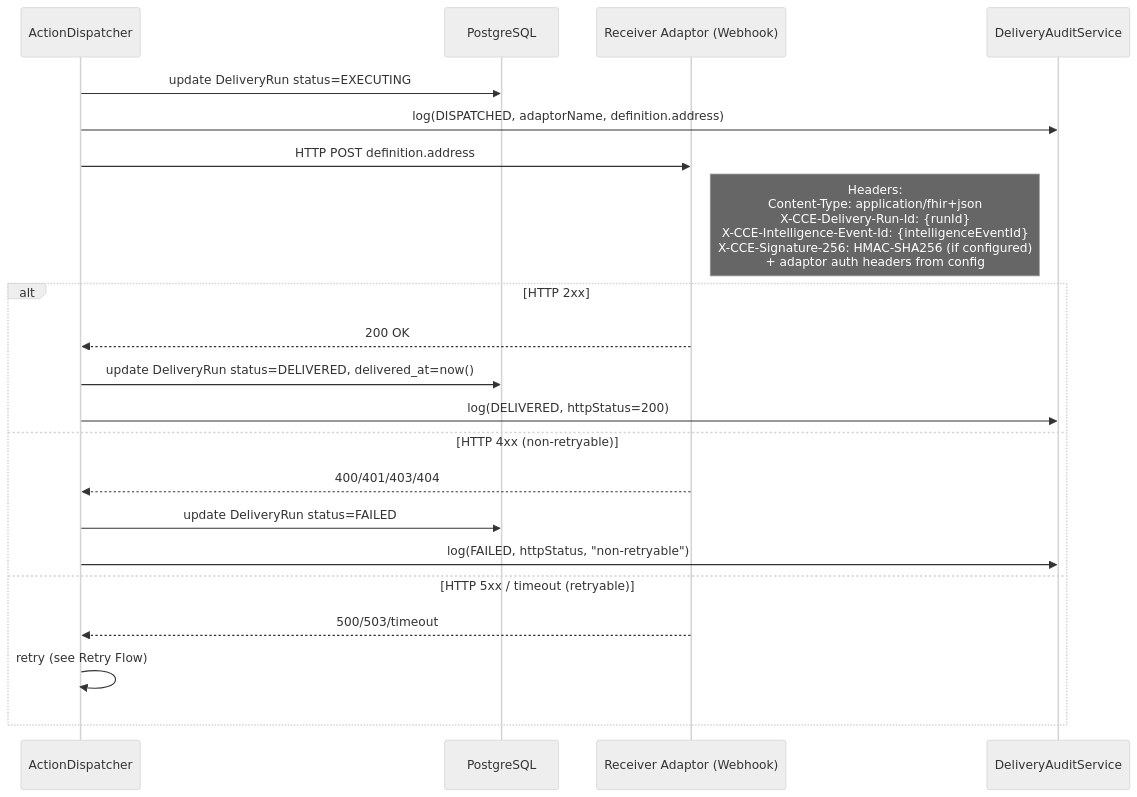
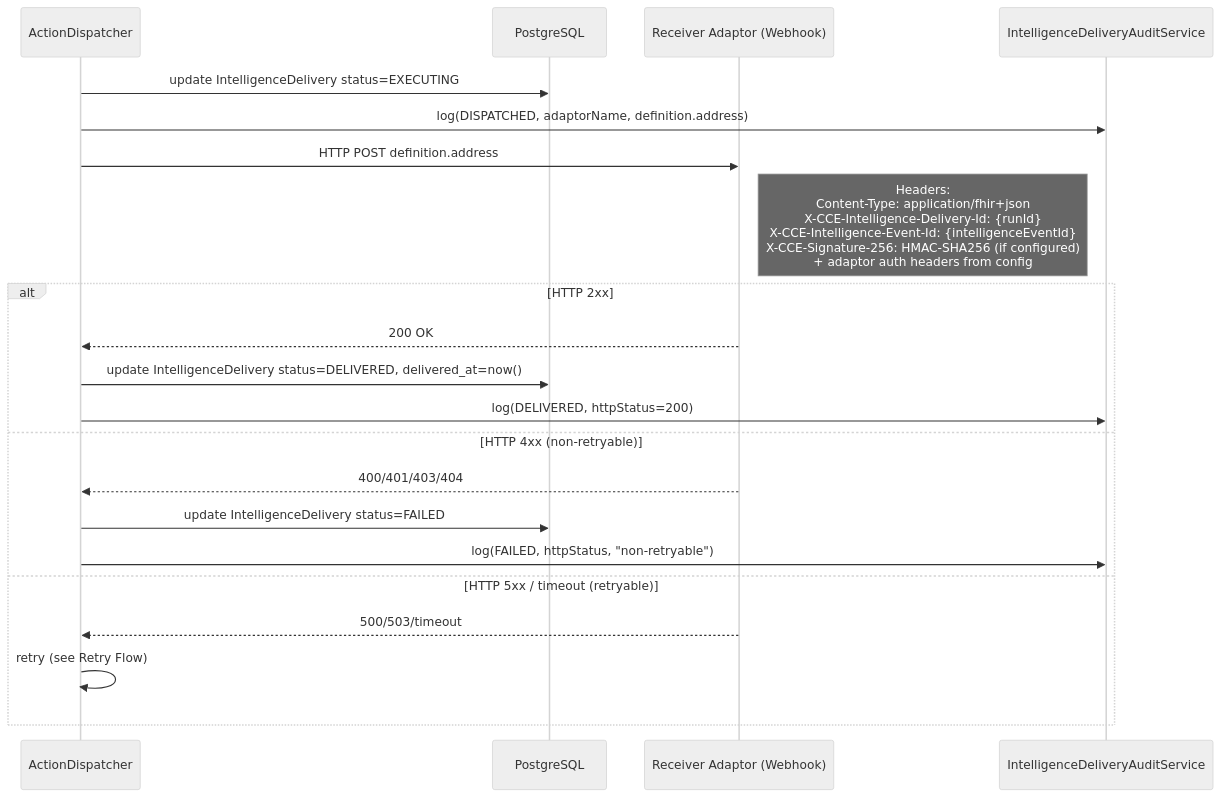
Before and after one commit to Jayaprakash8887/cce-intelligence-service: the sixth of 13 diagrams in docs/flow-diagrams.md, drawn with Mermaid (neutral theme). The commit also changed other lines of this file and 6 other files, not shown here.

First line of the commit message:
refactor: rename delivery_run and related entities to intelligence_delivery

````diff
--- a/docs/flow-diagrams.md
+++ b/docs/flow-diagrams.md
@@ -206,26 +206,26 @@
 ```mermaid
 sequenceDiagram
     participant Dispatcher as ActionDispatcher
     participant DB as PostgreSQL
     participant Adaptor as Receiver Adaptor (Webhook)
-    participant Audit as DeliveryAuditService
+    participant Audit as IntelligenceDeliveryAuditService
 
-    Dispatcher->>DB: update DeliveryRun status=EXECUTING
+    Dispatcher->>DB: update IntelligenceDelivery status=EXECUTING
     Dispatcher->>Audit: log(DISPATCHED, adaptorName, definition.address)
 
     Dispatcher->>Adaptor: HTTP POST definition.address
-    Note right of Adaptor: Headers:<br/>Content-Type: application/fhir+json<br/>X-CCE-Delivery-Run-Id: {runId}<br/>X-CCE-Intelligence-Event-Id: {intelligenceEventId}<br/>X-CCE-Signature-256: HMAC-SHA256 (if configured)<br/>+ adaptor auth headers from config
+    Note right of Adaptor: Headers:<br/>Content-Type: application/fhir+json<br/>X-CCE-Intelligence-Delivery-Id: {runId}<br/>X-CCE-Intelligence-Event-Id: {intelligenceEventId}<br/>X-CCE-Signature-256: HMAC-SHA256 (if configured)<br/>+ adaptor auth headers from config
 
     alt HTTP 2xx
         Adaptor-->>Dispatcher: 200 OK
-        Dispatcher->>DB: update DeliveryRun status=DELIVERED, delivered_at=now()
+        Dispatcher->>DB: update IntelligenceDelivery status=DELIVERED, delivered_at=now()
         Dispatcher->>Audit: log(DELIVERED, httpStatus=200)
     else HTTP 4xx (non-retryable)
         Adaptor-->>Dispatcher: 400/401/403/404
-        Dispatcher->>DB: update DeliveryRun status=FAILED
+        Dispatcher->>DB: update IntelligenceDelivery status=FAILED
         Dispatcher->>Audit: log(FAILED, httpStatus, "non-retryable")
     else HTTP 5xx / timeout (retryable)
         Adaptor-->>Dispatcher: 500/503/timeout
         Dispatcher->>Dispatcher: retry (see Retry Flow)
     end
 ```
````
